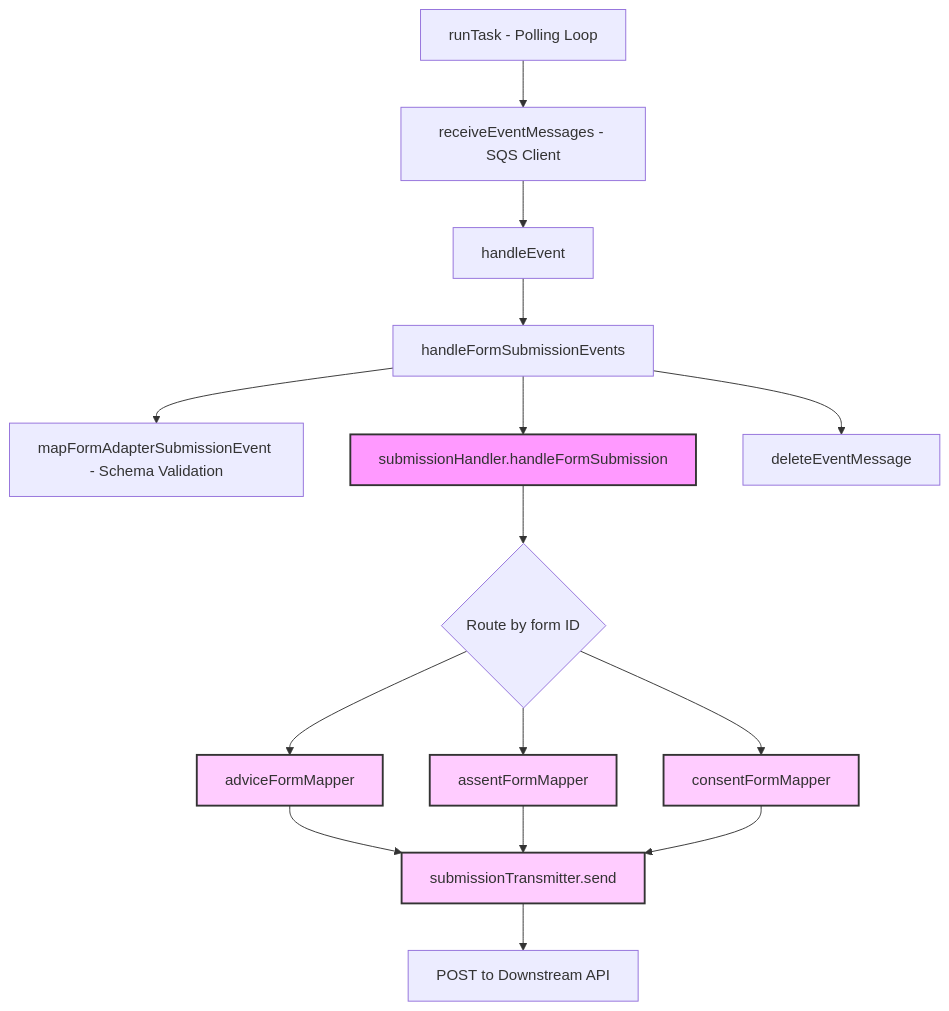
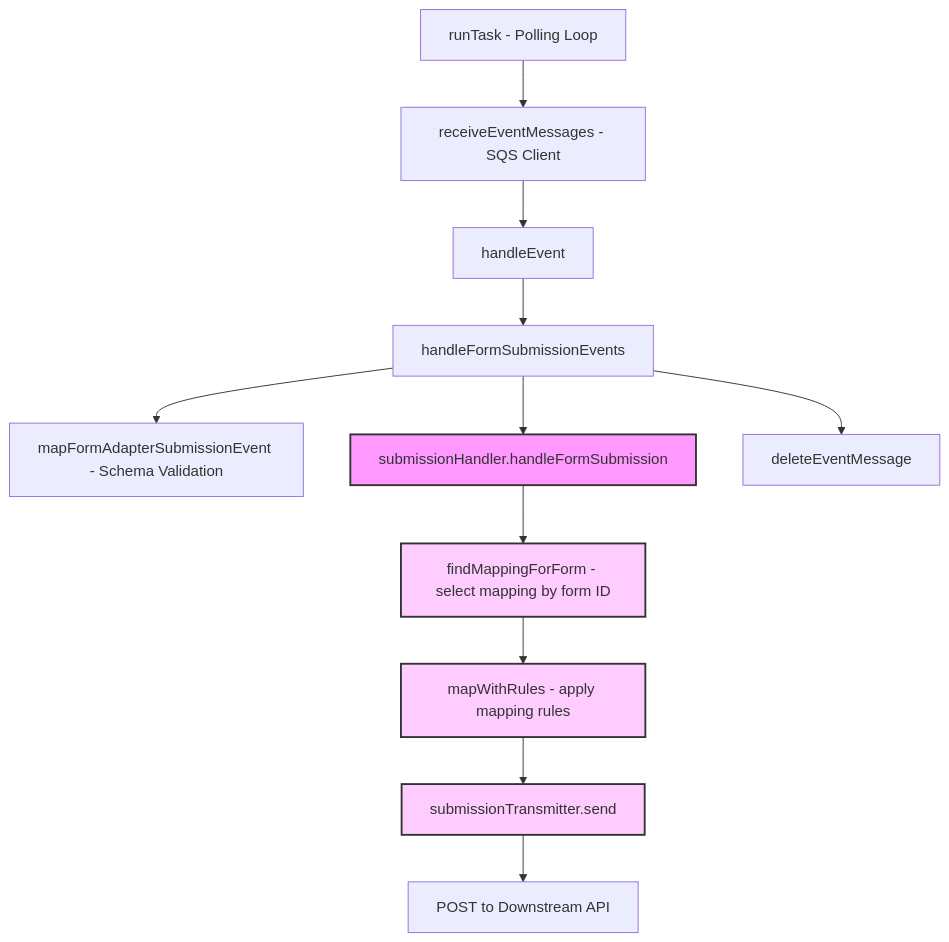
The third of 4 diagrams in docs/02-architecture.md (DEFRA/forms-newls-cwt-listener), drawn with Mermaid before and after one commit. The commit also changed other lines of this file and 40 other files, not shown here.

````diff
--- a/docs/02-architecture.md
+++ b/docs/02-architecture.md
@@ -56,23 +56,18 @@
 ```mermaid
 graph TD
     A[runTask - Polling Loop] --> B[receiveEventMessages - SQS Client]
     B --> C[handleEvent]
     C --> D[handleFormSubmissionEvents]
     D --> E[mapFormAdapterSubmissionEvent - Schema Validation]
     D --> F[submissionHandler.handleFormSubmission]
-    F --> G{Route by form ID}
-    G --> H[adviceFormMapper]
-    G --> I[assentFormMapper]
-    G --> J[consentFormMapper]
+    F --> G[findMappingForForm - select mapping by form ID]
+    G --> H[mapWithRules - apply mapping rules]
     H --> K[submissionTransmitter.send]
-    I --> K
-    J --> K
     K --> L[POST to Downstream API]
     D --> M[deleteEventMessage]
 
     style F fill:#f9f,stroke:#333,stroke-width:2px
+    style G fill:#fcf,stroke:#333,stroke-width:2px
     style H fill:#fcf,stroke:#333,stroke-width:2px
-    style I fill:#fcf,stroke:#333,stroke-width:2px
-    style J fill:#fcf,stroke:#333,stroke-width:2px
     style K fill:#fcf,stroke:#333,stroke-width:2px
 ```
````
